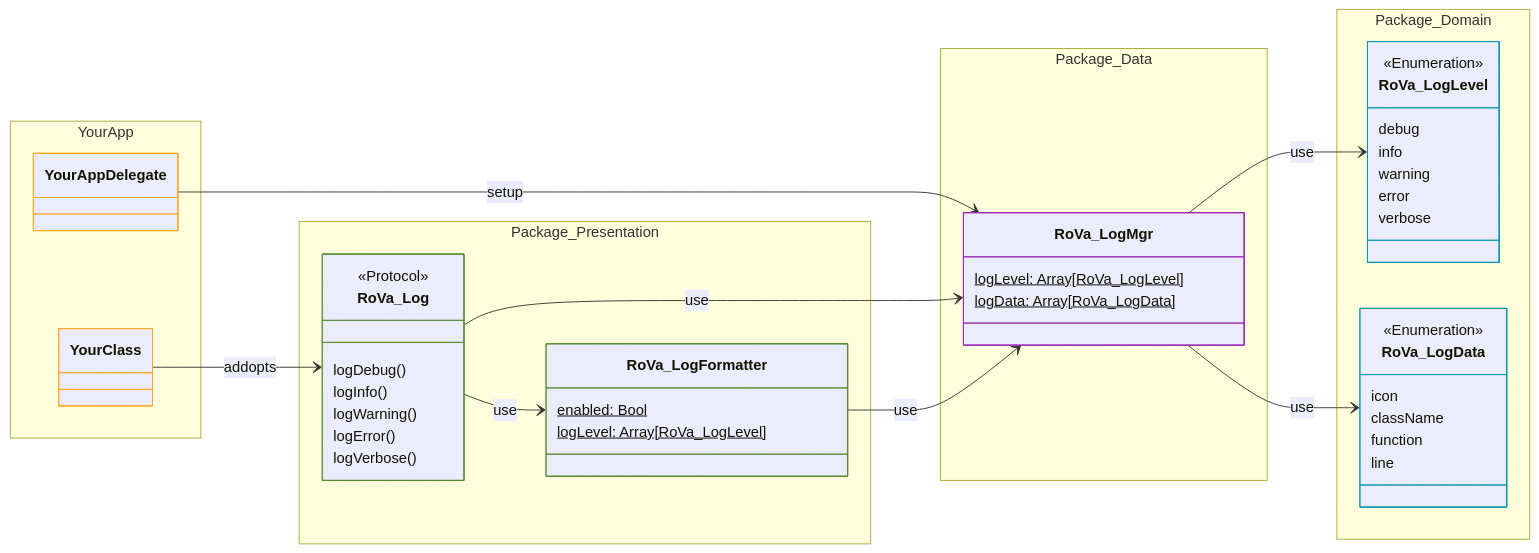
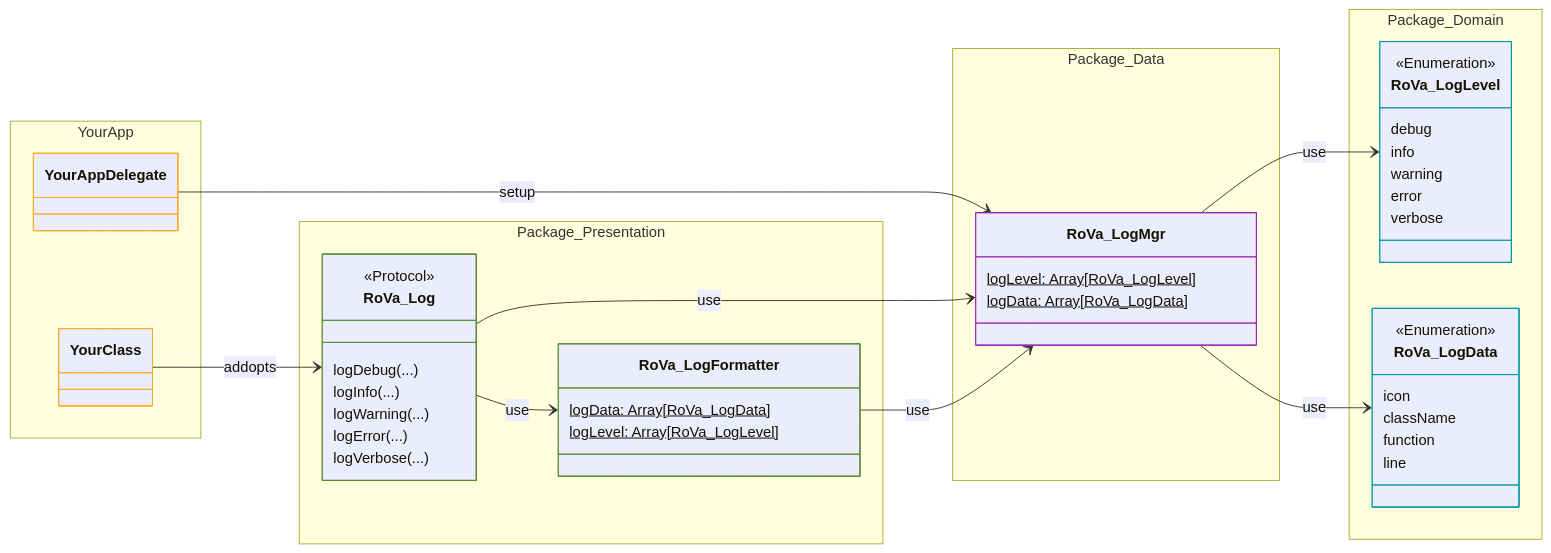
The diagram in README.md (RoVaMx/RoVaLog), drawn with Mermaid before and after one commit.

````diff
--- a/README.md
+++ b/README.md
@@ -51,78 +51,78 @@
 ```mermaid
 classDiagram
     direction LR
 
     %% - - - - - - - - - - - - - - - - - - - - - - - - - - - - - -
     %% Classes
 
     namespace YourApp {        
         class YourClass {
         }
         class YourAppDelegate {
         }
     }
     
     namespace Package_Presentation {
         class RoVa_Log {
             <<Protocol>>
-            logDebug()
-            logInfo()
-            logWarning()
-            logError()
-            logVerbose()
+            logDebug(...)
+            logInfo(...)
+            logWarning(...)
+            logError(...)
+            logVerbose(...)
         }
         class RoVa_LogFormatter {
-            enabled: Bool$
+            logData: Array[RoVa_LogData]$
             logLevel: Array[RoVa_LogLevel]$
         }
     }
 
     namespace Package_Data {
         class RoVa_LogMgr {
             logLevel: Array[RoVa_LogLevel]$
             logData: Array[RoVa_LogData]$
         }        
     }
 
     namespace Package_Domain {
         class RoVa_LogLevel {
             <<Enumeration>>
             debug
             info
             warning
             error
             verbose
         }
         class RoVa_LogData {
             <<Enumeration>>
             icon
             className
             function
             line
         }       
     }
 
     %% - - - - - - - - - - - - - - - - - - - - - - - - - - - - - -
     %% Styles
     
     style YourClass stroke:#F9A825
     style YourAppDelegate stroke:#F9A825
     style RoVa_Log stroke:#558B2F
     style RoVa_LogFormatter stroke:#558B2F
     style RoVa_LogMgr stroke:#9C27B0
     style RoVa_LogLevel stroke:#0097A7
     style RoVa_LogData stroke:#0097A7
     
     %% - - - - - - - - - - - - - - - - - - - - - - - - - - - - - -
     %% Connections 
     
     YourClass-->RoVa_Log : addopts
     YourAppDelegate-->RoVa_LogMgr : setup
 
     RoVa_Log-->RoVa_LogMgr : use
     RoVa_Log-->RoVa_LogFormatter : use
     RoVa_LogFormatter-->RoVa_LogMgr : use
 
     RoVa_LogMgr-->RoVa_LogLevel : use
     RoVa_LogMgr-->RoVa_LogData : use
 ```
````
